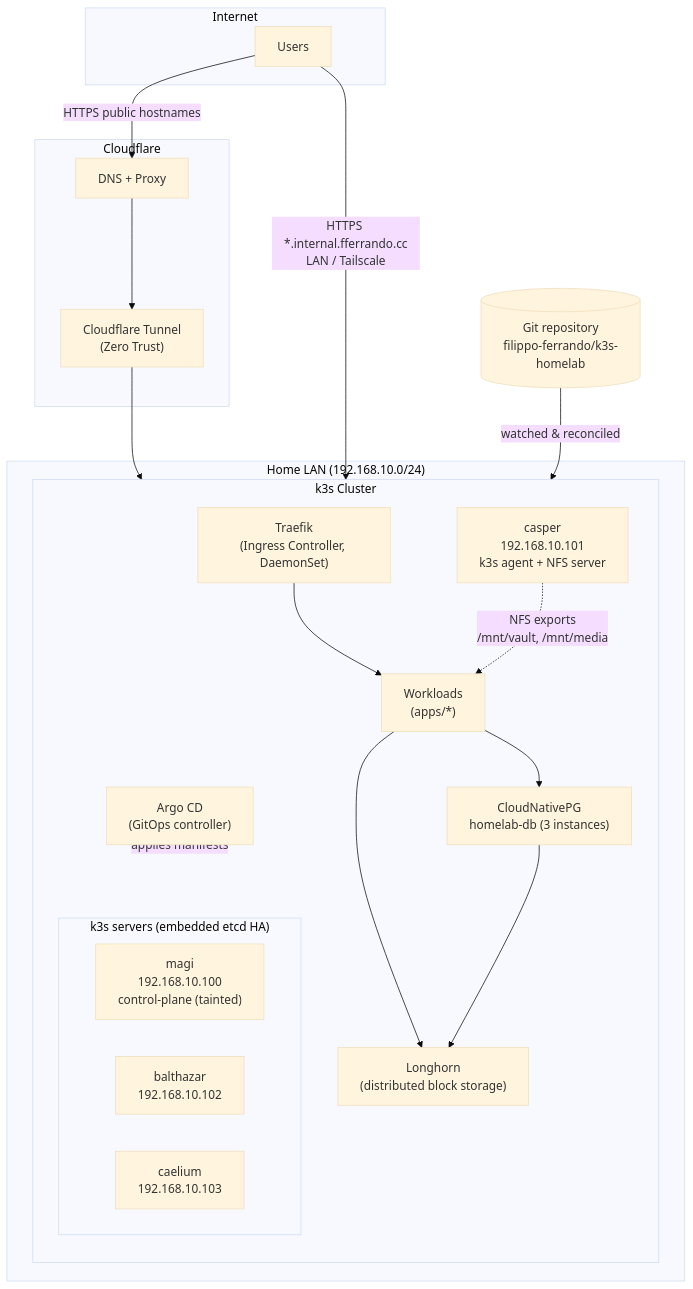
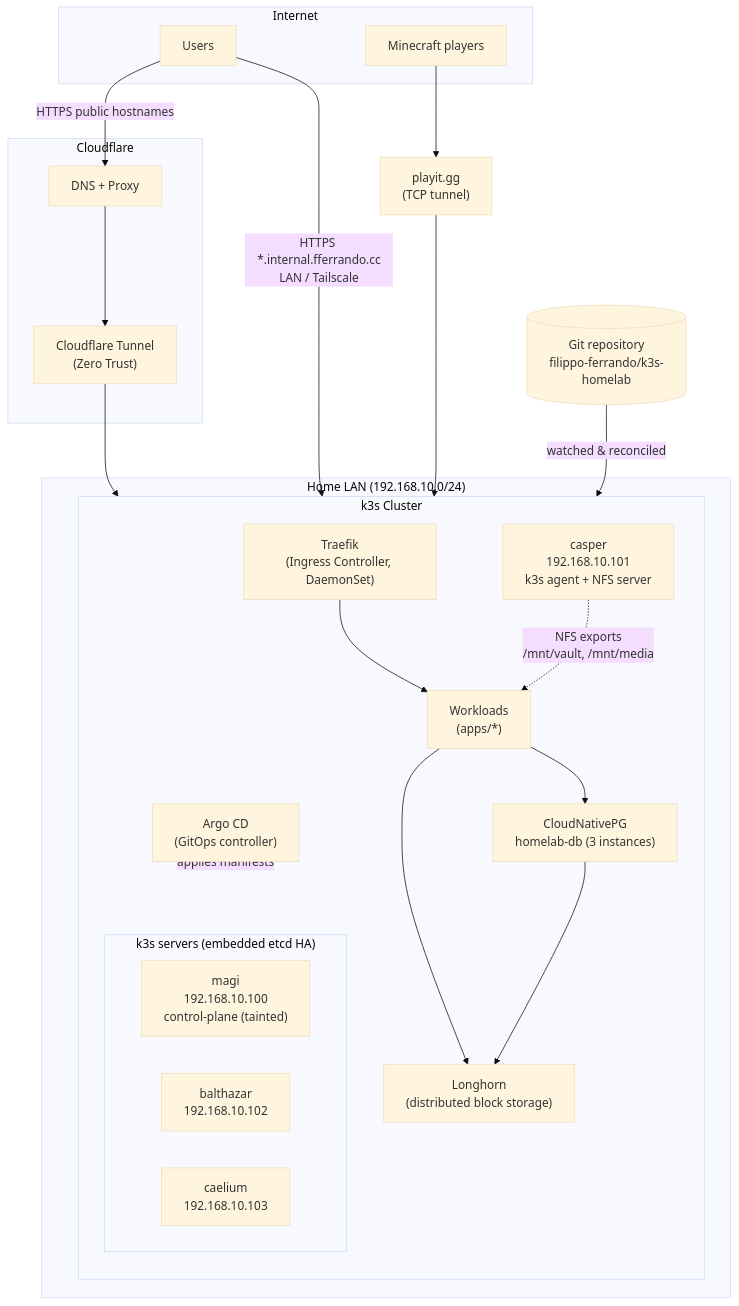
The first of 6 diagrams in README.md (filippo-ferrando/k3s-homelab), drawn with Mermaid (base theme) before and after one commit. The commit also changed other lines of this file and 36 other files, not shown here.

````diff
--- a/README.md
+++ b/README.md
@@ -25,43 +28,47 @@
 ```mermaid
 flowchart TB
     subgraph Internet["Internet"]
         Users["Users"]
+        Players["Minecraft players"]
     end
 
     subgraph CF["Cloudflare"]
         CFTunnel["Cloudflare Tunnel\n(Zero Trust)"]
         DNS["DNS + Proxy"]
     end
+
+    Playit["playit.gg\n(TCP tunnel)"]
 
     subgraph LAN["Home LAN (192.168.10.0/24)"]
         subgraph Cluster["k3s Cluster"]
             direction TB
             Traefik["Traefik\n(Ingress Controller, DaemonSet)"]
 
             subgraph ServersHA["k3s servers (embedded etcd HA)"]
                 Magi["magi\n192.168.10.100\ncontrol-plane (tainted)"]
                 Balthazar["balthazar\n192.168.10.102"]
                 Caelium["caelium\n192.168.10.103"]
             end
 
             Casper["casper\n192.168.10.101\nk3s agent + NFS server"]
 
             ArgoCD["Argo CD\n(GitOps controller)"]
             Apps["Workloads\n(apps/*)"]
             CNPG["CloudNativePG\nhomelab-db (3 instances)"]
             Longhorn["Longhorn\n(distributed block storage)"]
         end
     end
 
     Repo[("Git repository\nfilippo-ferrando/k3s-homelab")]
 
     Users -->|HTTPS public hostnames| DNS --> CFTunnel --> Traefik
     Users -->|HTTPS *.internal.fferrando.cc\nLAN / Tailscale| Traefik
+    Players --> Playit --> Apps
     Traefik --> Apps
     Apps --> CNPG
     Apps --> Longhorn
     CNPG --> Longhorn
     Repo -->|watched & reconciled| ArgoCD
     ArgoCD -->|applies manifests| Cluster
     Casper -.->|NFS exports\n/mnt/vault, /mnt/media| Apps
 ```
````
